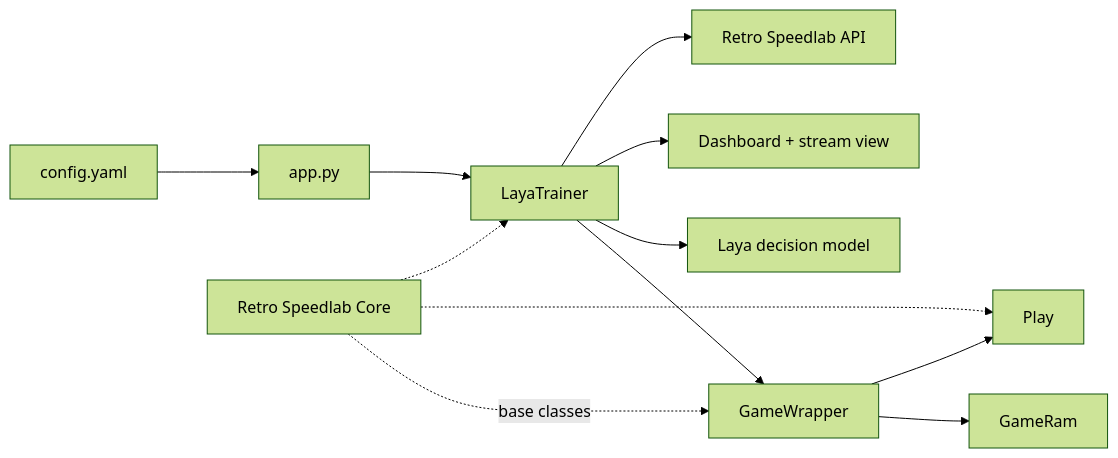
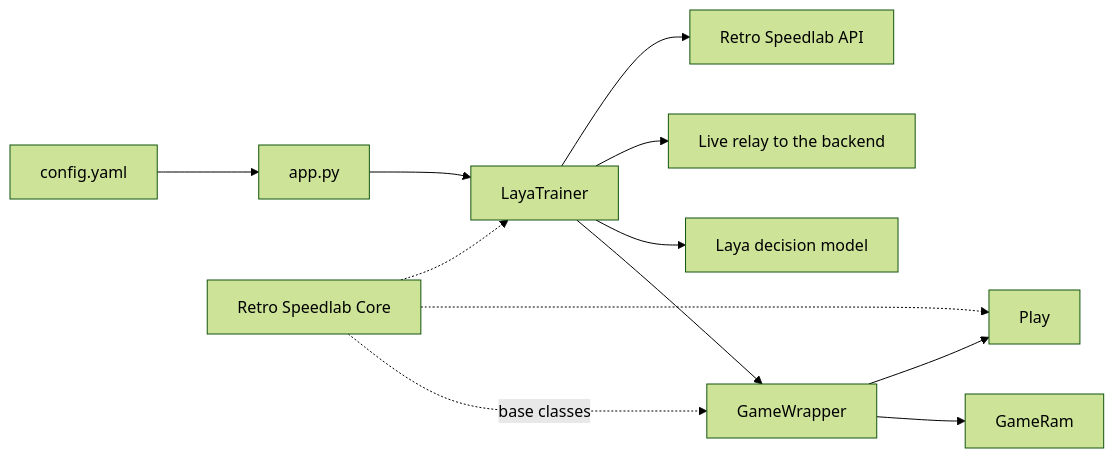
The second of 2 diagrams in README.md (datenwissenschaften/retro-speedlab), drawn with Mermaid (forest theme) before and after one commit.

Commit message:
docs: the trainer relays its live stream to the backend

````diff
--- a/README.md
+++ b/README.md
@@ -94,14 +94,14 @@
 ```mermaid
 flowchart LR
     CFG[config.yaml] --> APP[app.py]
     APP --> TRAINER[LayaTrainer]
     TRAINER --> WRAP[GameWrapper]
     WRAP --> RAM[GameRam]
     WRAP --> STATE[Play]
     TRAINER --> LAYA[Laya decision model]
-    TRAINER --> UI[Dashboard + stream view]
+    TRAINER --> UI[Live relay to the backend]
     TRAINER --> API[Retro Speedlab API]
     CORE[Retro Speedlab Core] -.base classes.-> WRAP
     CORE -.-> STATE
     CORE -.-> TRAINER
 ```
````
